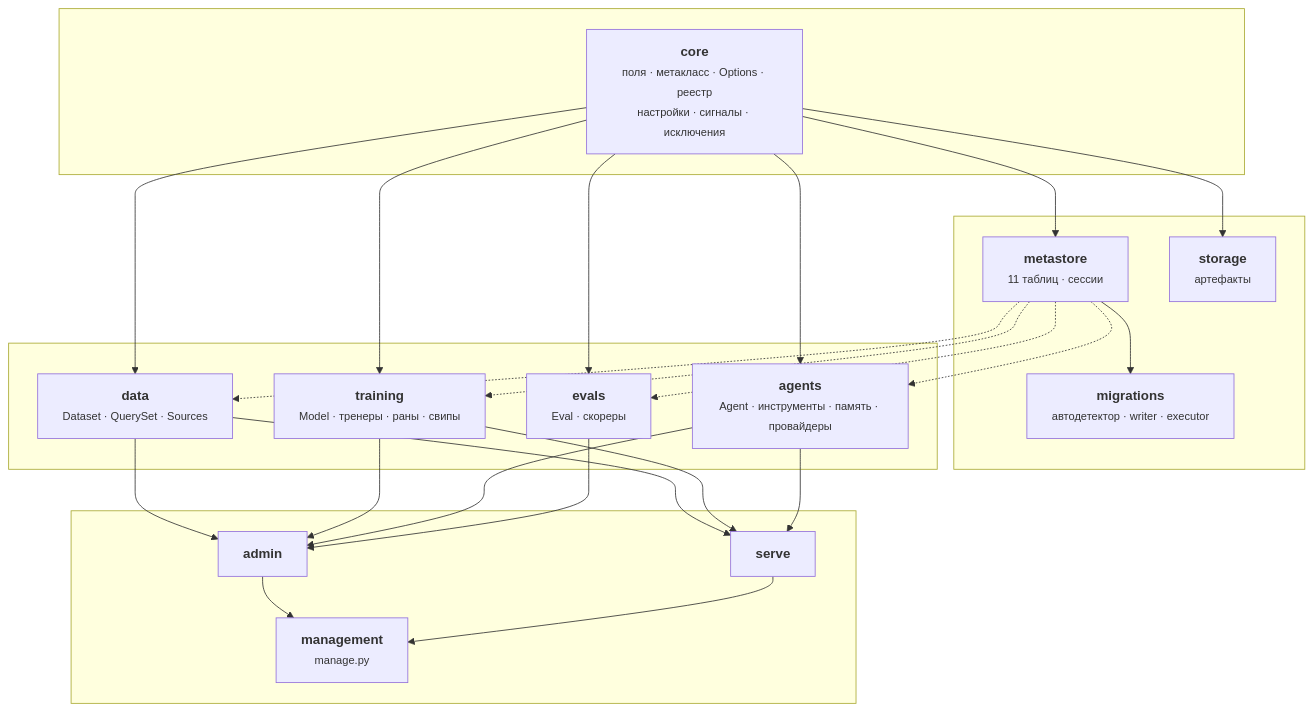
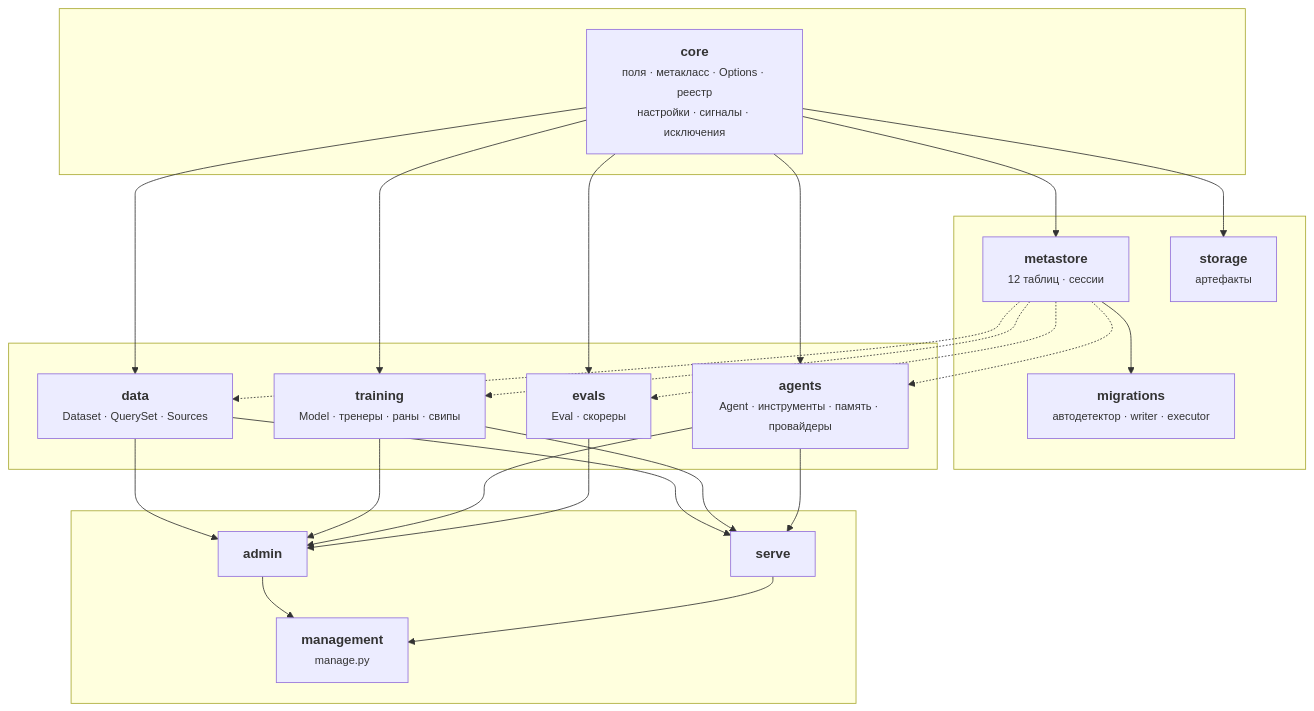
The first of 5 diagrams in docs/architecture.ru.md (DrobyshevDev/mlango), drawn with Mermaid before and after one commit. The commit also changed 12 other files, not shown here.

````diff
--- a/docs/architecture.ru.md
+++ b/docs/architecture.ru.md
@@ -9,46 +9,46 @@
 ```mermaid
 graph TD
     subgraph foundation[" "]
         CORE["<b>core</b><br/><small>поля · метакласс · Options · реестр<br/>настройки · сигналы · исключения</small>"]
     end
 
     subgraph persistence[" "]
-        META["<b>metastore</b><br/><small>11 таблиц · сессии</small>"]
+        META["<b>metastore</b><br/><small>12 таблиц · сессии</small>"]
         MIG["<b>migrations</b><br/><small>автодетектор · writer · executor</small>"]
         STORE["<b>storage</b><br/><small>артефакты</small>"]
     end
 
     subgraph families[" "]
         DATA["<b>data</b><br/><small>Dataset · QuerySet · Sources</small>"]
         TRAIN["<b>training</b><br/><small>Model · тренеры · раны · свипы</small>"]
         AGENTS["<b>agents</b><br/><small>Agent · инструменты · память · провайдеры</small>"]
         EVALS["<b>evals</b><br/><small>Eval · скореры</small>"]
     end
 
     subgraph surfaces[" "]
         ADMIN["<b>admin</b>"]
         SERVE["<b>serve</b>"]
         CLI["<b>management</b><br/><small>manage.py</small>"]
     end
 
     CORE --> META
     CORE --> STORE
     META --> MIG
     CORE --> DATA
     CORE --> TRAIN
     CORE --> AGENTS
     CORE --> EVALS
     META -.-> DATA
     META -.-> TRAIN
     META -.-> AGENTS
     META -.-> EVALS
     DATA --> ADMIN
     TRAIN --> ADMIN
     AGENTS --> ADMIN
     EVALS --> ADMIN
     DATA --> SERVE
     TRAIN --> SERVE
     AGENTS --> SERVE
     ADMIN --> CLI
     SERVE --> CLI
 ```
````
